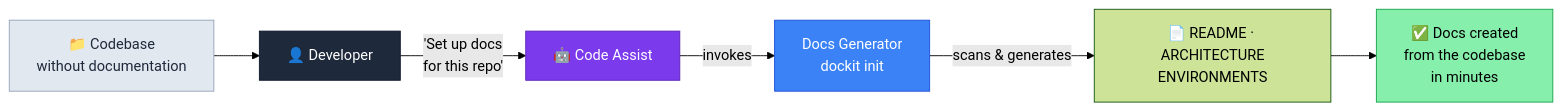
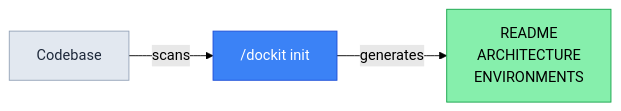
The second of 6 diagrams in README.md (TheLampshady/repokit), drawn with Mermaid (forest theme) before and after one commit. The commit also changed other lines of this file and 13 other files, not shown here.

````diff
--- a/README.md
+++ b/README.md
@@ -212,23 +233,14 @@
 ```mermaid
 graph LR
-    Scenario["📁 Codebase\nwithout documentation"]
-    Dev["👤 Developer"]
-    CA["🤖 Code Assist"]
-    Dockit["Docs Generator\ndockit init"]
-    Output["📄 README · ARCHITECTURE\nENVIRONMENTS"]
-    Result["✅ Docs created\nfrom the codebase\nin minutes"]
+    Codebase["Codebase"]
+    Dockit["/dockit init"]
+    Output["README<br/>ARCHITECTURE<br/>ENVIRONMENTS"]
 
-    Scenario --> Dev
-    Dev -->|"'Set up docs\nfor this repo'"| CA
-    CA -->|"invokes"| Dockit
-    Dockit -->|"scans & generates"| Output
-    Output --> Result
+    Codebase -->|"scans"| Dockit -->|"generates"| Output
 
     classDef skill fill:#3b82f6,stroke:#1d4ed8,color:#fff
-    classDef ai    fill:#7c3aed,stroke:#5b21b6,color:#fff
+    classDef output fill:#86efac,stroke:#16a34a,color:#000
     class Dockit skill
-    class CA ai
-    style Scenario fill:#e2e8f0,stroke:#94a3b8,color:#1e293b
-    style Dev      fill:#1e293b,stroke:#0f172a,color:#fff
-    style Result   fill:#86efac,stroke:#16a34a,color:#000
+    class Output output
+    style Codebase fill:#e2e8f0,stroke:#94a3b8,color:#1e293b
 ```
````
